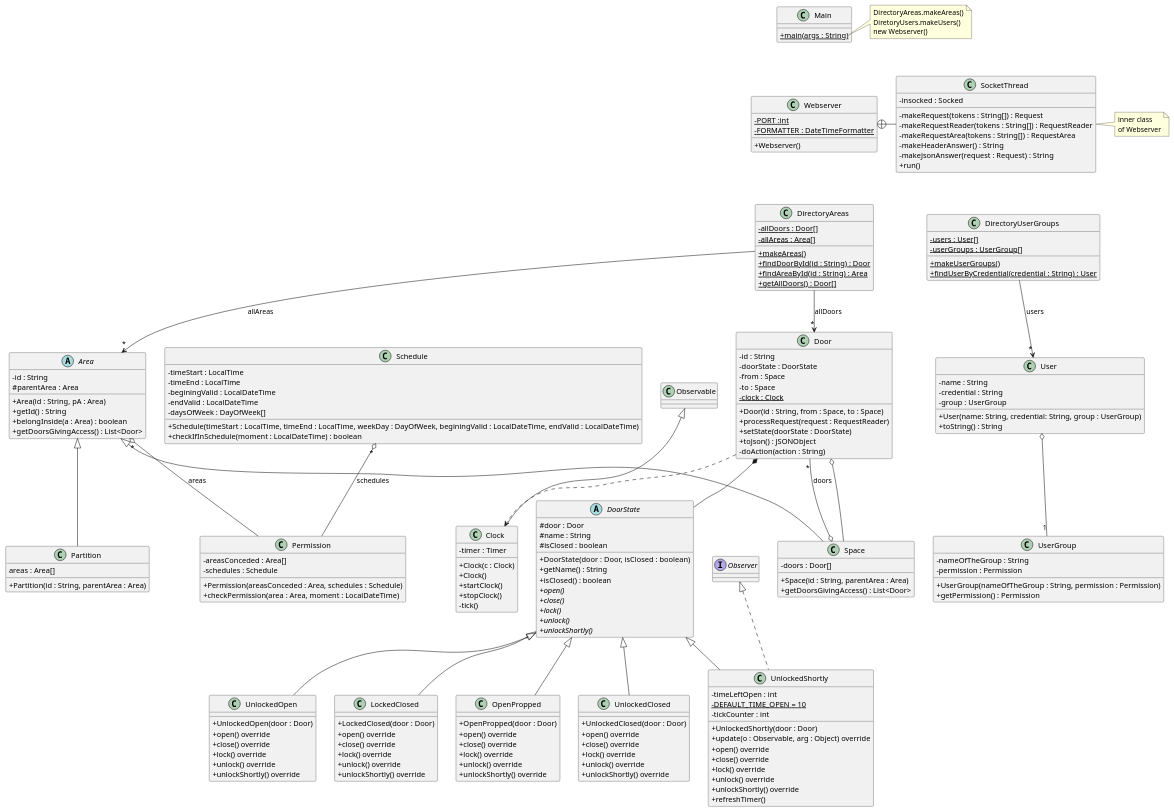
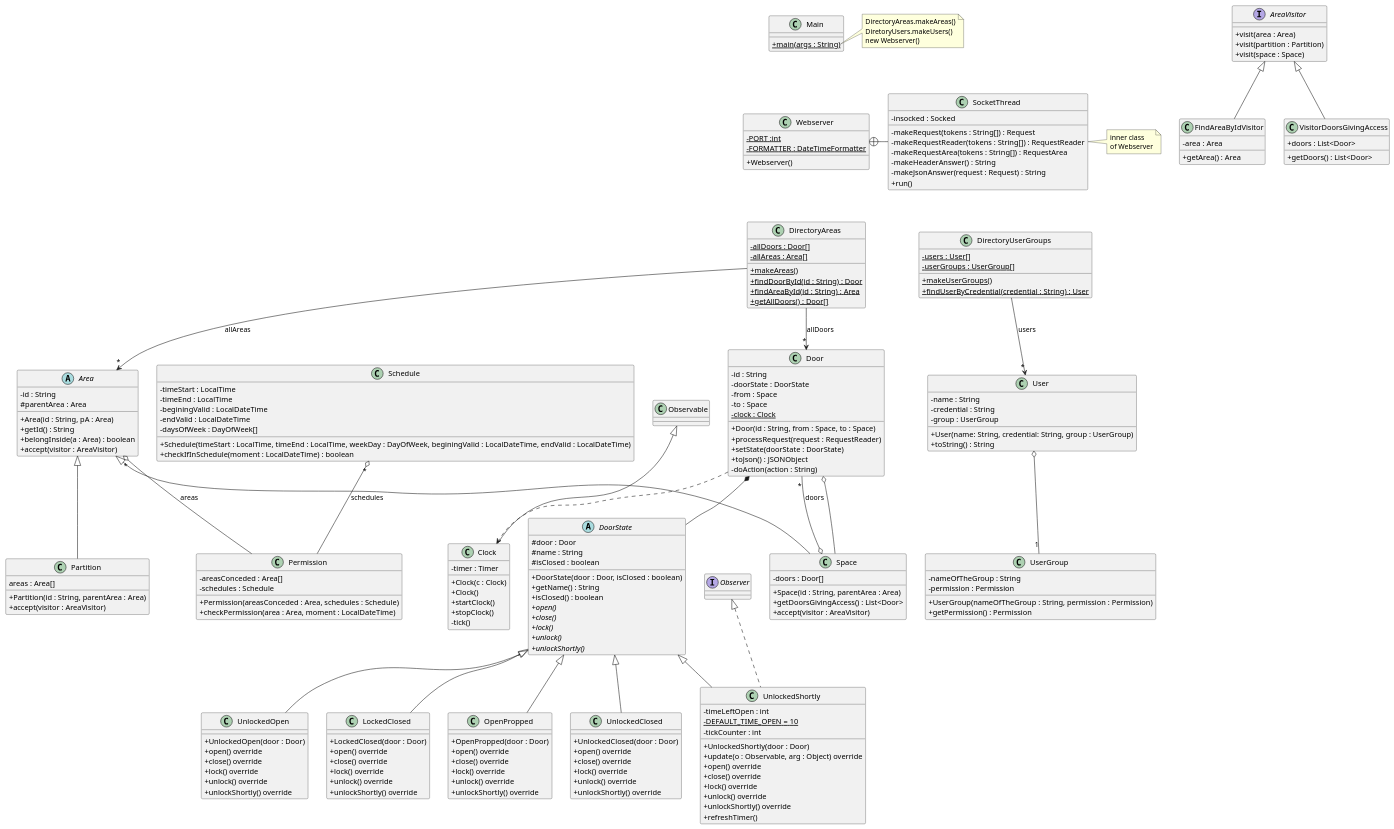
The diagram in src/code/uml/base_no_states.puml (PolRS/PracticaDS), drawn with PlantUML before and after one commit. The commit also changed 3 other files, not shown here.

```diff
--- a/src/code/uml/base_no_states.puml
+++ b/src/code/uml/base_no_states.puml
@@ -181,7 +181,7 @@
 + Area(id : String, pA : Area)
 + getId() : String
 + belongInside(a : Area) : boolean
-+ getDoorsGivingAccess() : List<Door>
++ accept(visitor : AreaVisitor)
 }
 
 DirectoryAreas --> "*" Area : "allAreas"
@@ -189,13 +189,30 @@
 class Partition extends Area {
 areas : Area[]
 + Partition(id : String, parentArea : Area)
++ accept(visitor : AreaVisitor)
 }
 
 class Space extends Area {
 - doors : Door[]
 + Space(id : String, parentArea : Area)
 + getDoorsGivingAccess() : List<Door>
++ accept(visitor : AreaVisitor)
+}
 
+Interface AreaVisitor{
++ visit(area : Area)
++ visit(partition : Partition)
++ visit(space : Space)
+}
+
+class FindAreaByIdVisitor extends AreaVisitor{
+- area : Area
++ getArea() : Area
+}
+
+class VisitorDoorsGivingAccess extends AreaVisitor{
++ doors : List<Door>
++ getDoors() : List<Door>
 }
 
 class Main {
```
